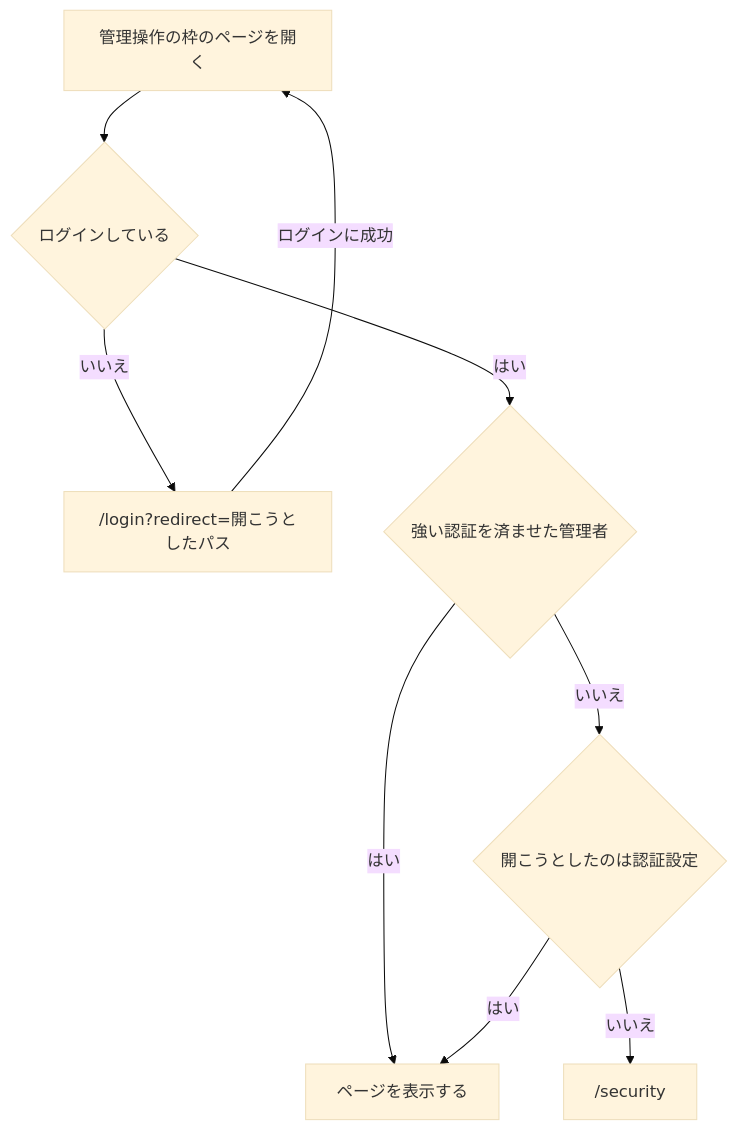
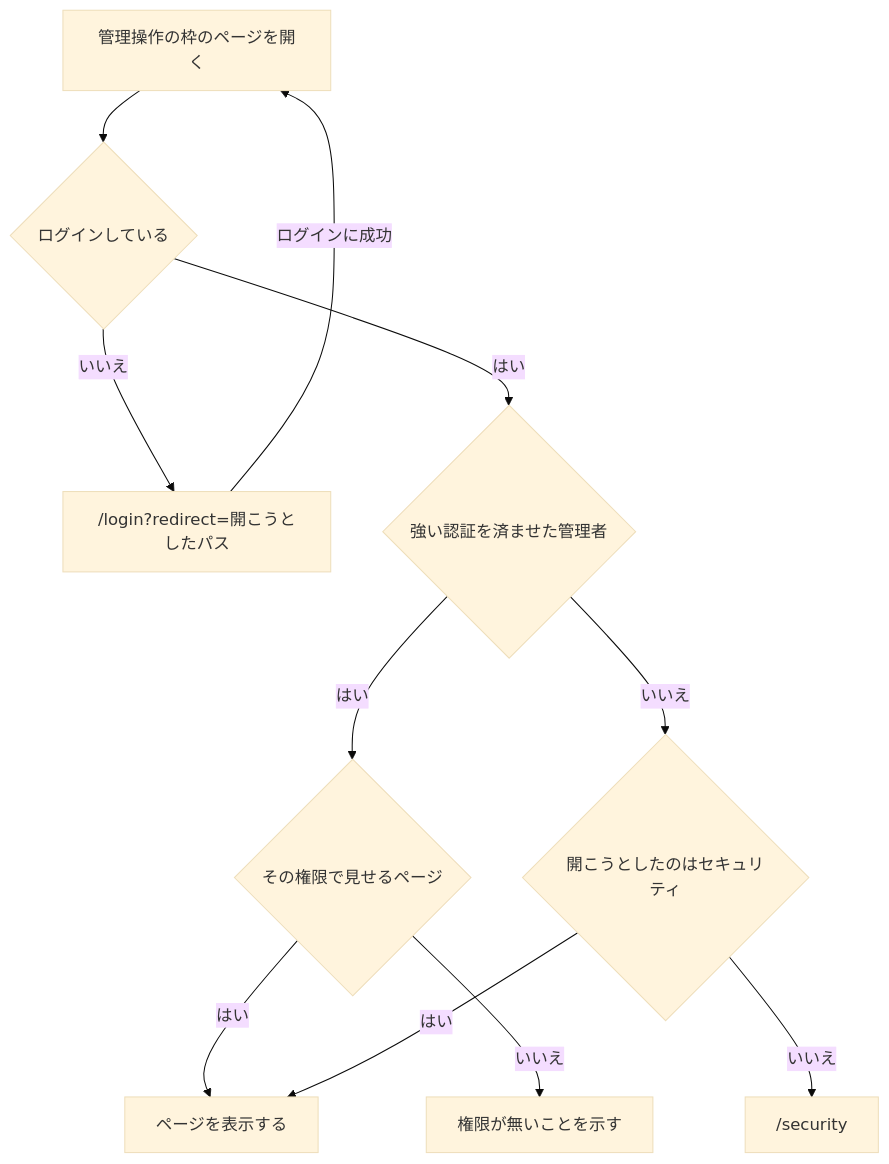
Before and after one commit to masseater/typescript-template: the first of 2 diagrams in apps/wiki/content/docs/pages/admin-layout.md, drawn with Mermaid (base theme). The commit also changed other lines of this file and 3 other files, not shown here.

````diff
--- a/apps/wiki/content/docs/pages/admin-layout.md
+++ b/apps/wiki/content/docs/pages/admin-layout.md
@@ -45,11 +62,13 @@
 ```mermaid
 flowchart TD
   open["管理操作の枠のページを開く"] --> signedIn{"ログインしている"}
   signedIn -- いいえ --> login["/login?redirect=開こうとしたパス"]
   login -- ログインに成功 --> open
   signedIn -- はい --> strong{"強い認証を済ませた管理者"}
-  strong -- はい --> show["ページを表示する"]
-  strong -- いいえ --> isSecurity{"開こうとしたのは認証設定"}
+  strong -- はい --> allowed{"その権限で見せるページ"}
+  allowed -- はい --> show["ページを表示する"]
+  allowed -- いいえ --> denied["権限が無いことを示す"]
+  strong -- いいえ --> isSecurity{"開こうとしたのはセキュリティ"}
   isSecurity -- はい --> show
   isSecurity -- いいえ --> security["/security"]
 ```
````
